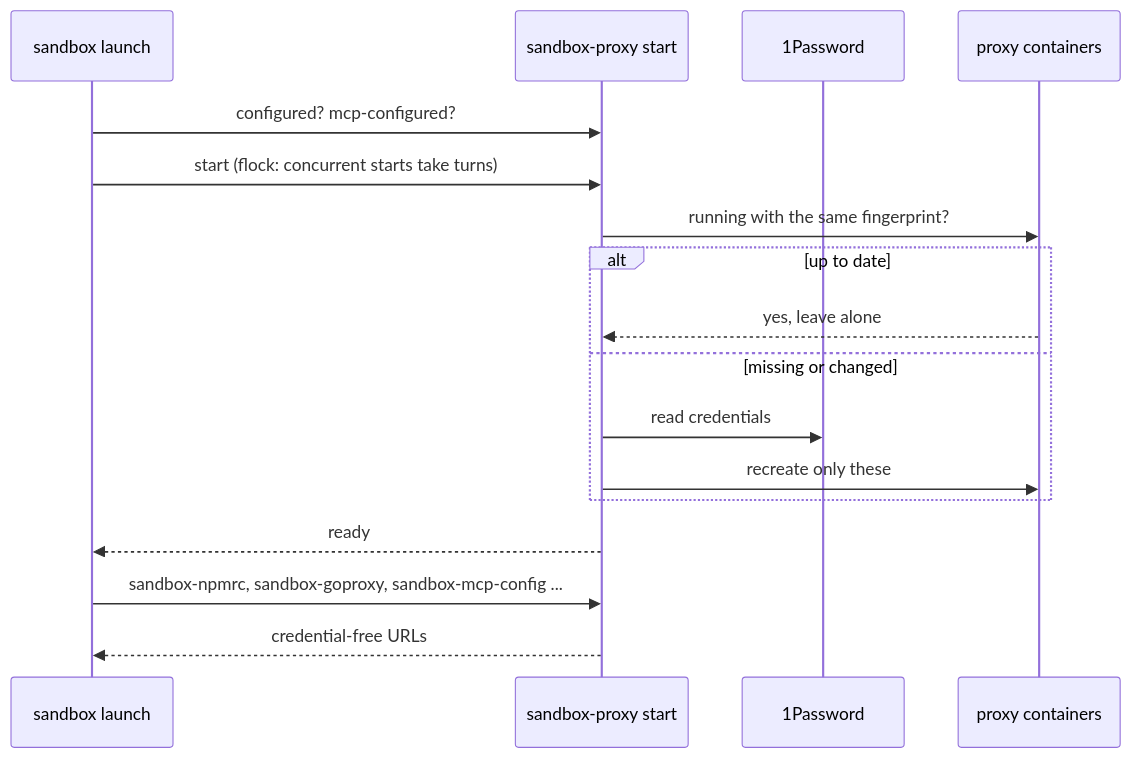
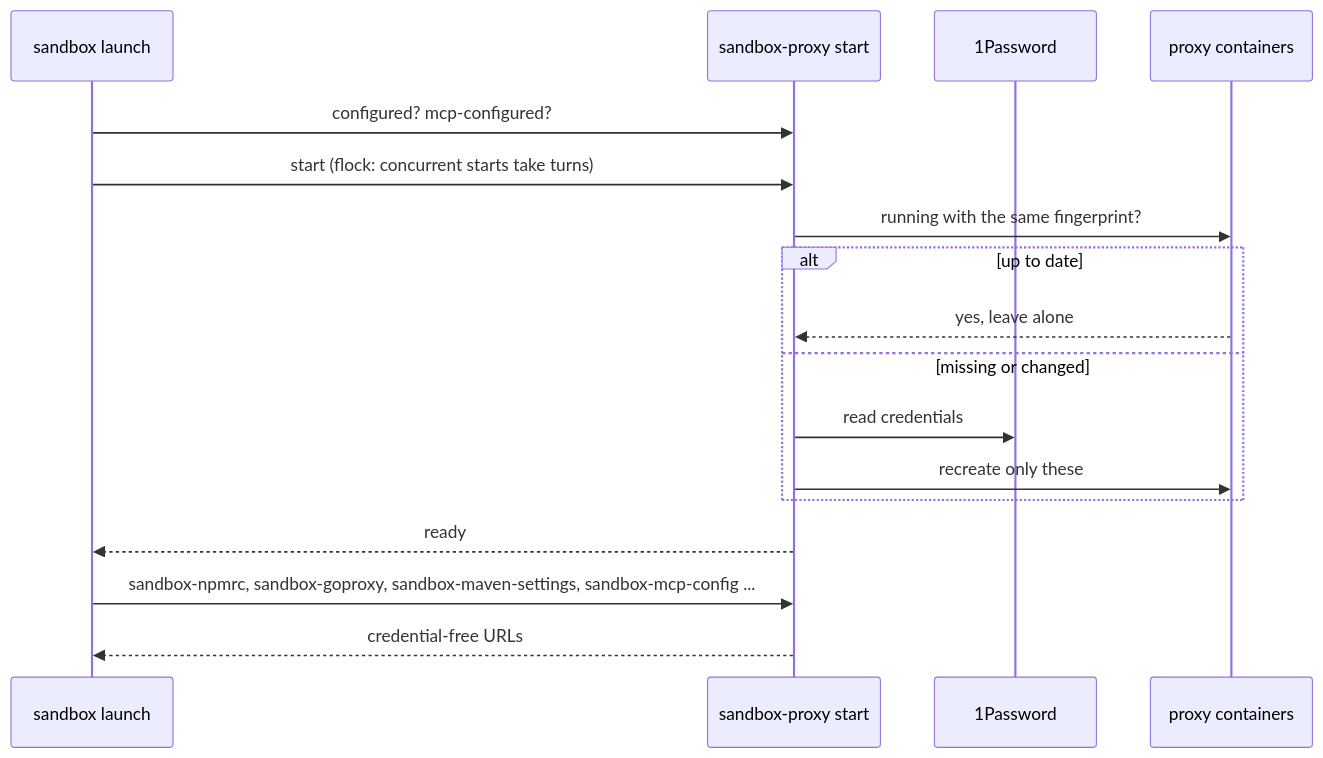
The second of 2 diagrams in docs/sandbox-proxy.md (zero4573/nixos), drawn with Mermaid before and after one commit. The commit also changed other lines of this file and 4 other files, not shown here.

First line of the commit message:
feat(sandbox): Maven through the registry proxy, podman build temp dir as a volume

````diff
--- a/docs/sandbox-proxy.md
+++ b/docs/sandbox-proxy.md
@@ -29,19 +29,19 @@
 ```mermaid
 sequenceDiagram
     participant L as sandbox launch
     participant S as sandbox-proxy start
     participant O as 1Password
     participant K as proxy containers
     L->>S: configured? mcp-configured?
     L->>S: start (flock: concurrent starts take turns)
     S->>K: running with the same fingerprint?
     alt up to date
         K-->>S: yes, leave alone
     else missing or changed
         S->>O: read credentials
         S->>K: recreate only these
     end
     S-->>L: ready
-    L->>S: sandbox-npmrc, sandbox-goproxy, sandbox-mcp-config ...
+    L->>S: sandbox-npmrc, sandbox-goproxy, sandbox-maven-settings, sandbox-mcp-config ...
     S-->>L: credential-free URLs
 ```
````
